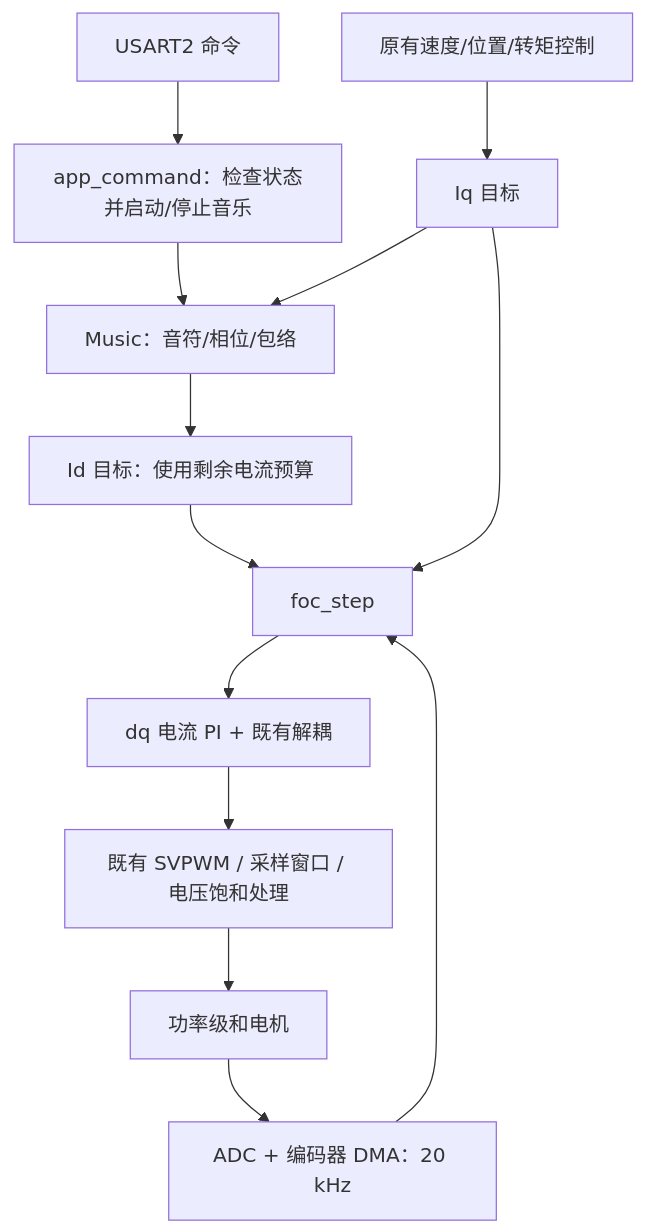
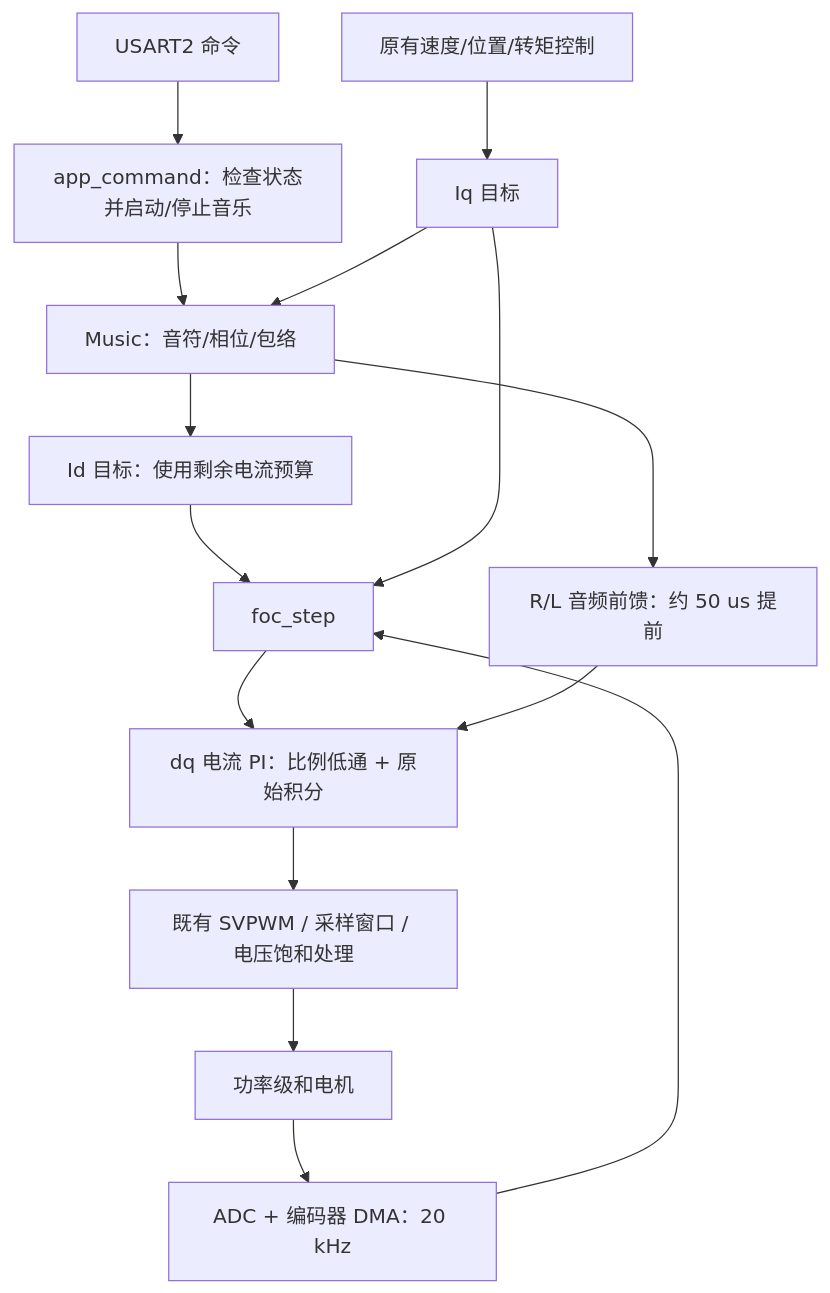
The diagram in App/Music/README.md (ZhangStudyLife/F405_FOC), drawn with Mermaid before and after one commit. The commit also changed other lines of this file and 18 other files, not shown here.

````diff
--- a/App/Music/README.md
+++ b/App/Music/README.md
@@ -95,15 +102,17 @@
 ```mermaid
 flowchart TD
   UART[USART2 命令] --> CMD[app_command：检查状态并启动/停止音乐]
   CMD --> MUSIC[Music：音符/相位/包络]
   ADC[ADC + 编码器 DMA：20 kHz] --> FOC[foc_step]
   MOTION[原有速度/位置/转矩控制] --> IQ[Iq 目标]
   IQ --> MUSIC
   MUSIC --> ID[Id 目标：使用剩余电流预算]
+  MUSIC --> FF[R/L 音频前馈：约 50 us 提前]
   ID --> FOC
   IQ --> FOC
-  FOC --> PI[dq 电流 PI + 既有解耦]
+  FOC --> PI[dq 电流 PI：比例低通 + 原始积分]
+  FF --> PI
   PI --> PWM[既有 SVPWM / 采样窗口 / 电压饱和处理]
   PWM --> MOTOR[功率级和电机]
   MOTOR --> ADC
 ```
````
